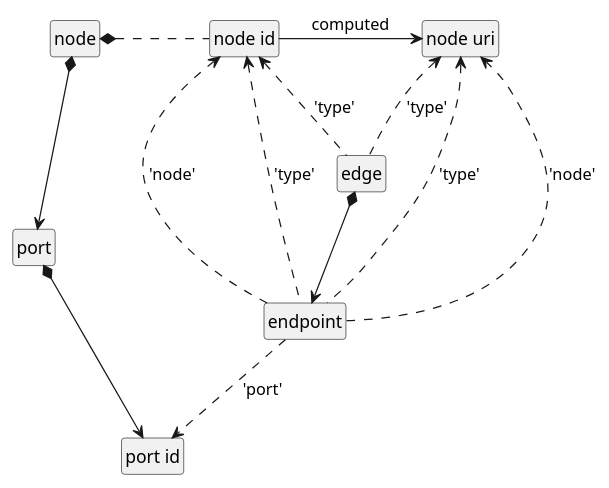
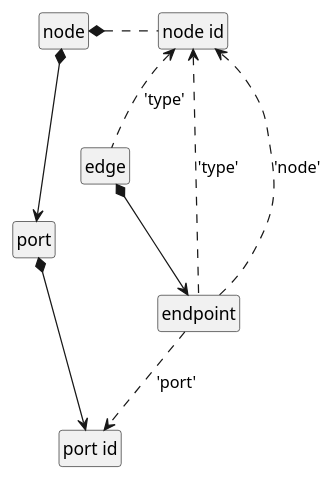
Before and after one commit to Calpano/connected-json: the second of 4 diagrams in modules/ROOT/pages/spec-cj.adoc, drawn with PlantUML. The commit also changed other lines of this file and 6 other files, not shown here.

```diff
--- a/modules/ROOT/pages/spec-cj.adoc
+++ b/modules/ROOT/pages/spec-cj.adoc
@@ -313,26 +285,21 @@
 [plantuml]
 ....
 hide empty members
 hide circle
 
 class edge
 class endpoint
 class port
 class node
 class nodeId as "node id"
-class nodeUri as "node uri"
 class portId as "port id"
 
 edge *--> endpoint
 node *. nodeId
-nodeId -> nodeUri : computed
 port *-> portId
 endpoint ..> nodeId : 'node'
-endpoint ..> nodeUri  : 'node'
 node *--> port
 nodeId <.. edge : 'type'
-nodeUri <.. edge : 'type'
 nodeId <.. endpoint : 'type'
-nodeUri <.. endpoint : 'type'
 endpoint ..> portId : 'port'
 ....
```
